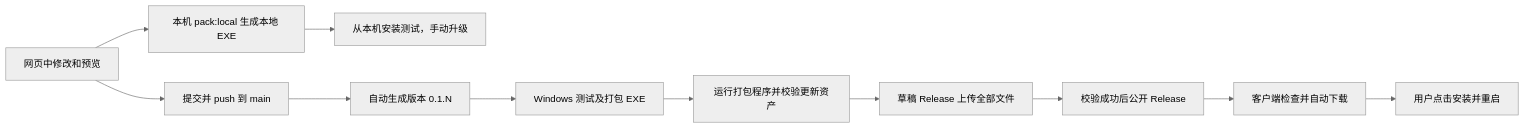
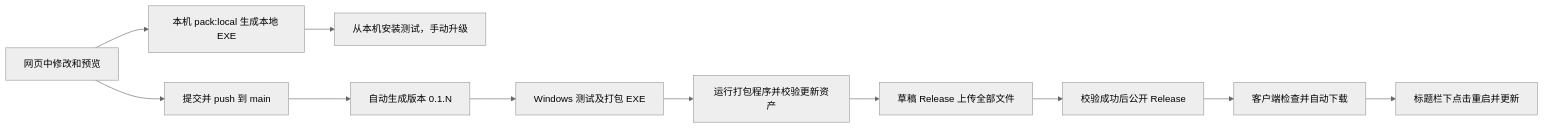
One commit to buyun00/Relay-teacher-workbench changed the diagram in docs/classroom-client-release.md. Above: the diagram before and after it, drawn with Mermaid (neutral theme). The commit also changed other lines of this file and 10 other files, not shown here.

````diff
--- a/docs/classroom-client-release.md
+++ b/docs/classroom-client-release.md
@@ -7,13 +7,13 @@
 ```mermaid
 flowchart LR
     A[网页中修改和预览] --> B[提交并 push 到 main]
     A --> L[本机 pack:local 生成本地 EXE]
     L --> T[从本机安装测试，手动升级]
     B --> C[自动生成版本 0.1.N]
     C --> D[Windows 测试及打包 EXE]
     D --> E[运行打包程序并校验更新资产]
     E --> F[草稿 Release 上传全部文件]
     F --> G[校验成功后公开 Release]
     G --> H[客户端检查并自动下载]
-    H --> I[用户点击安装并重启]
+    H --> I[标题栏下点击重启并更新]
 ```
````
